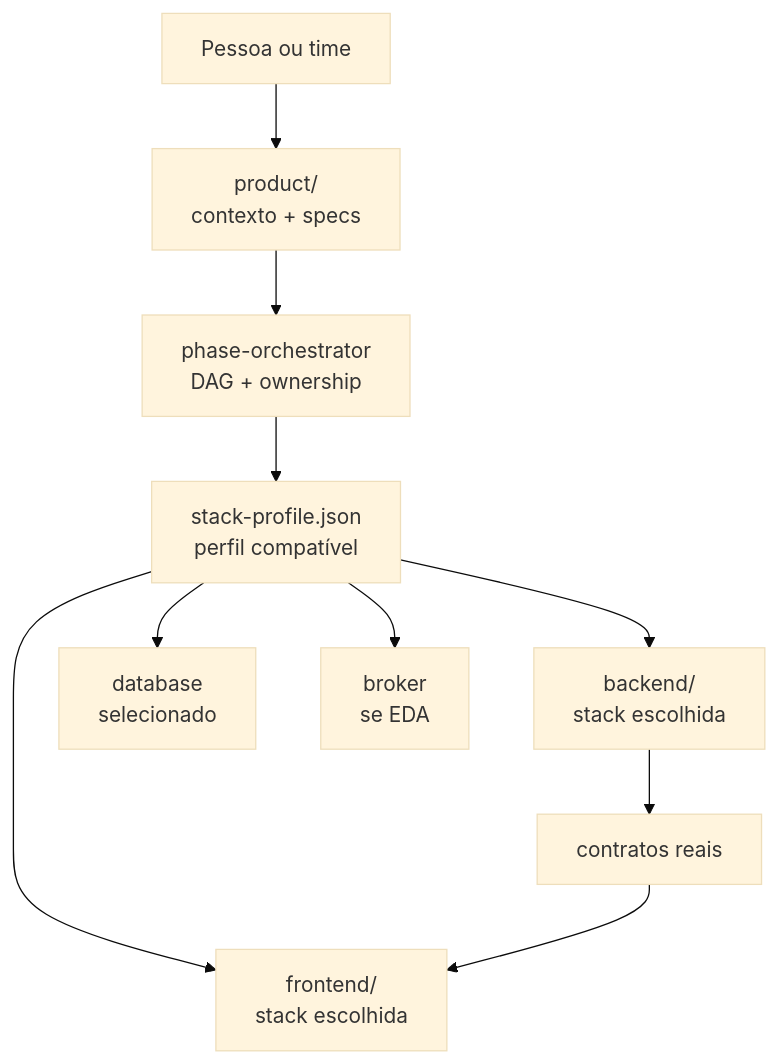
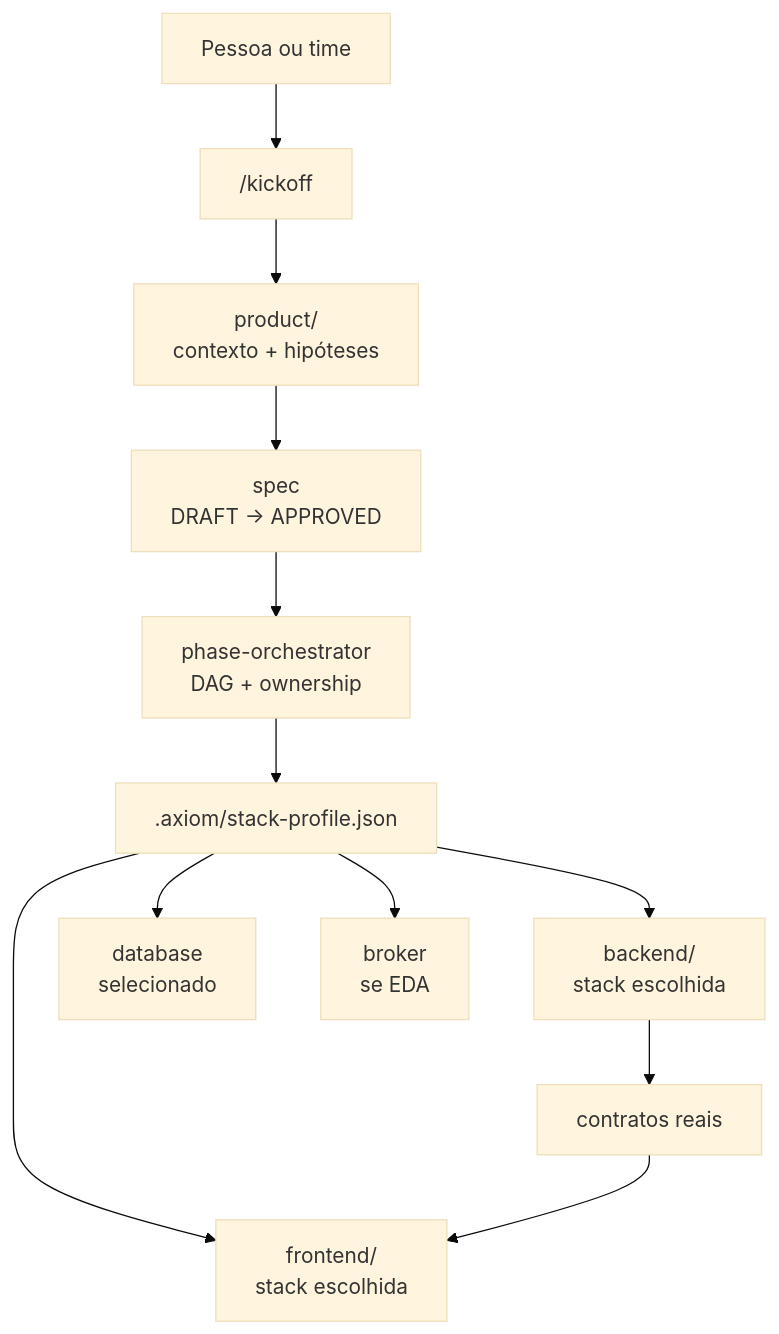
One commit to henilveira/axiom-forge changed the first of 2 diagrams in README.md. Above: the diagram before and after it, drawn with Mermaid (base theme). The commit also changed other lines of this file and 17 other files, not shown here.

````diff
--- a/README.md
+++ b/README.md
@@ -132,12 +706,14 @@
 ```mermaid
 flowchart TB
-  person["Pessoa ou time"] --> product["product/\ncontexto + specs"]
-  product --> orchestrator["phase-orchestrator\nDAG + ownership"]
-  orchestrator --> profile["stack-profile.json\nperfil compatível"]
+  person["Pessoa ou time"] --> kickoff["/kickoff"]
+  kickoff --> product["product/\ncontexto + hipóteses"]
+  product --> spec["spec\nDRAFT → APPROVED"]
+  spec --> orchestrator["phase-orchestrator\nDAG + ownership"]
+  orchestrator --> profile[".axiom/stack-profile.json"]
+  profile --> frontend["frontend/\nstack escolhida"]
   profile --> backend["backend/\nstack escolhida"]
-  profile --> frontend["frontend/\nstack escolhida"]
   profile --> data["database\nselecionado"]
   profile --> broker["broker\nse EDA"]
-  backend --> contract["contratos reais"]
-  contract --> frontend
+  backend --> contracts["contratos reais"]
+  contracts --> frontend
 ```
````
